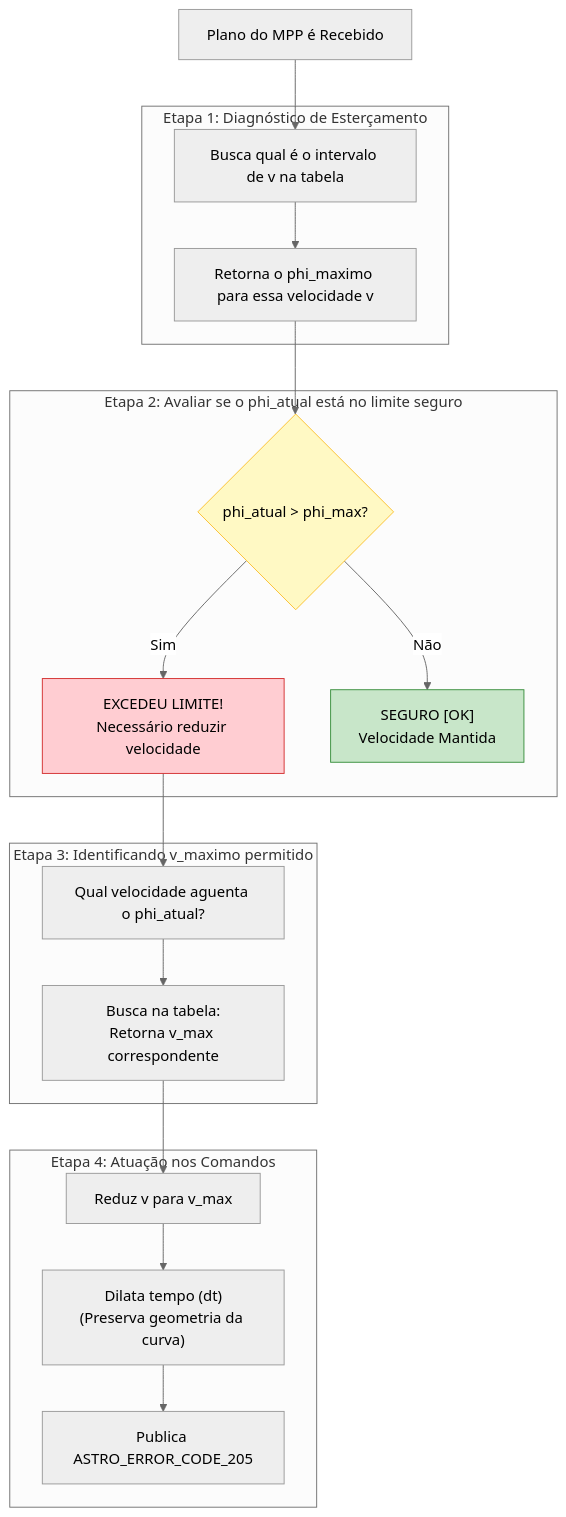
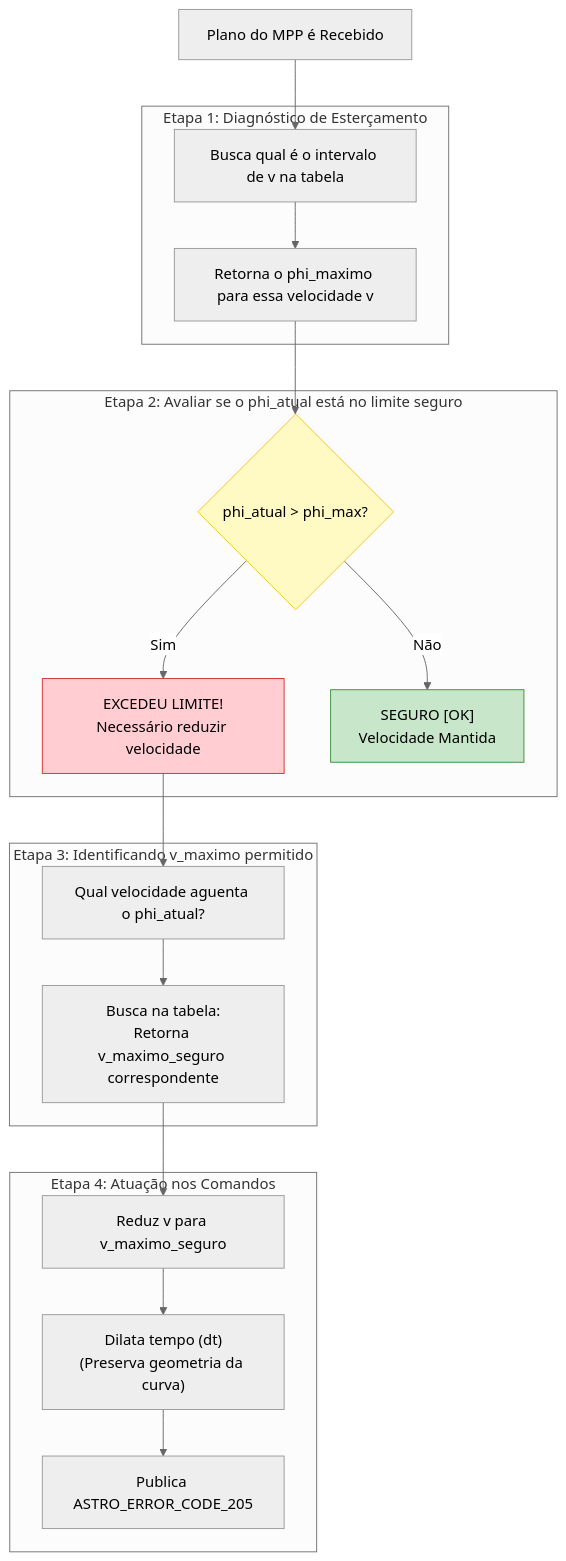
The diagram in README.md (BrenoCSilva/lume), drawn with Mermaid (neutral theme) before and after one commit. The commit also changed other lines of this file, not shown here.

````diff
--- a/README.md
+++ b/README.md
@@ -53,32 +88,32 @@
 ```mermaid
 flowchart TD
     CMD["Plano do MPP é Recebido"] --> D1
     
     subgraph E1 ["Etapa 1: Diagnóstico de Esterçamento"]
         D1["Busca qual é o intervalo de v na tabela"] --> D2["Retorna o phi_maximo para essa velocidade v"]
     end
     
     D2 --> C1
     
     subgraph E2 ["Etapa 2: Avaliar se o phi_atual está no limite seguro"]
         C1{"phi_atual > phi_max?"}
         C1 -->|Sim| ALERTA["EXCEDEU LIMITE!<br>Necessário reduzir velocidade"]
         C1 -->|Não| OK["SEGURO [OK]<br>Velocidade Mantida"]
     end
     
     ALERTA --> T1
     
     subgraph E3 ["Etapa 3: Identificando v_maximo permitido"]
-        T1["Qual velocidade aguenta o phi_atual?"] --> T2["Busca na tabela:<br>Retorna v_max correspondente"]
+        T1["Qual velocidade aguenta o phi_atual?"] --> T2["Busca na tabela:<br>Retorna v_maximo_seguro correspondente"]
     end
     
     T2 --> A1
     
     subgraph E4 ["Etapa 4: Atuação nos Comandos"]
-        A1["Reduz v para v_max"] --> A2["Dilata tempo (dt)<br>(Preserva geometria da curva)"] --> A3["Publica ASTRO_ERROR_CODE_205"]
+        A1["Reduz v para v_maximo_seguro"] --> A2["Dilata tempo (dt)<br>(Preserva geometria da curva)"] --> A3["Publica ASTRO_ERROR_CODE_205"]
     end
 
     style OK fill:#c8e6c9,stroke:#388e3c,color:#000
     style ALERTA fill:#ffcdd2,stroke:#d32f2f,color:#000
     style C1 fill:#fff9c4,stroke:#fbc02d,color:#000
 ```
````
